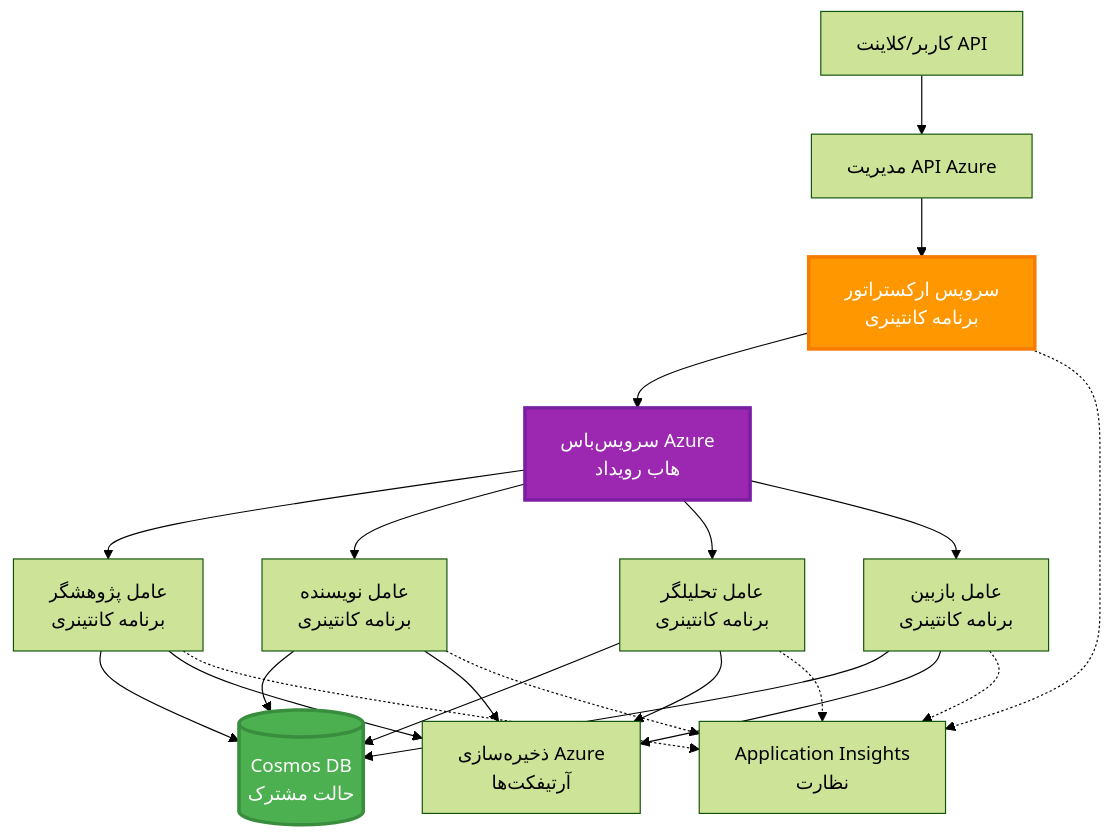
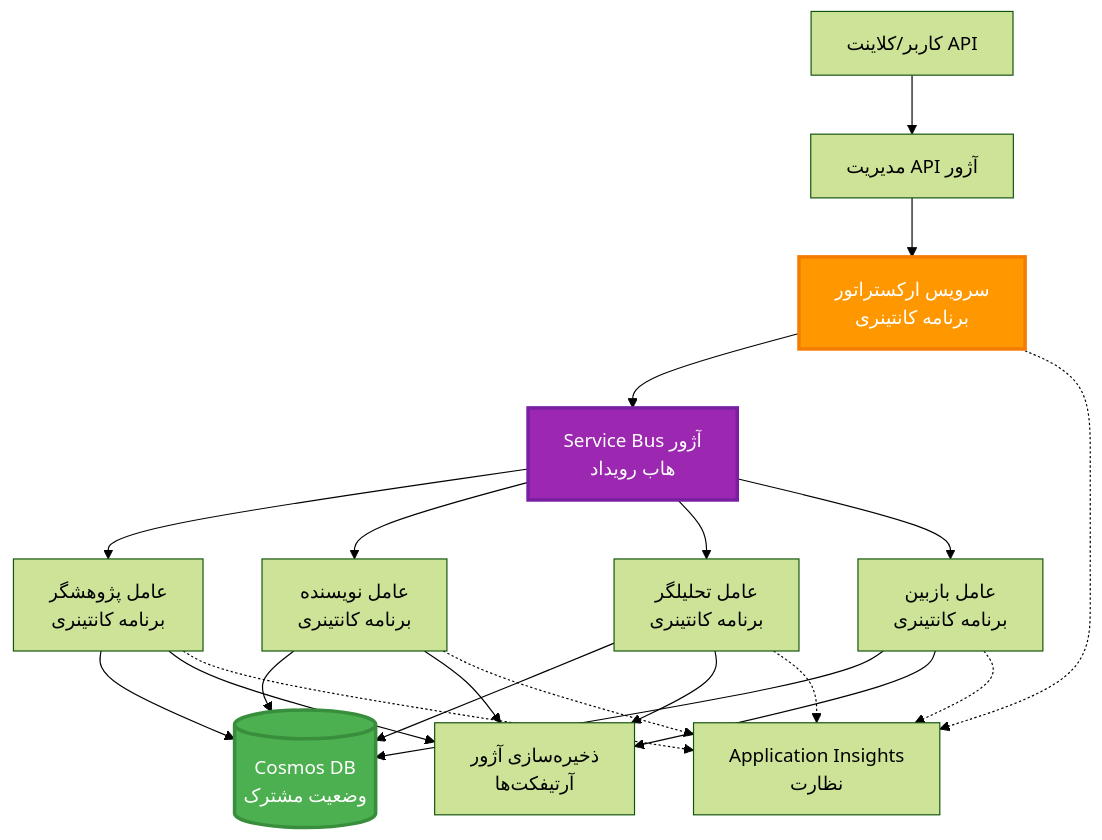
One commit to microsoft/AZD-for-beginners changed the sixth of 6 diagrams in translations/fa/docs/chapter-06-pre-deployment/coordination-patterns.md. Above: the diagram before and after it, drawn with Mermaid (forest theme). The commit also changed other lines of this file and 101 other files, not shown here.

````diff
--- a/translations/fa/docs/chapter-06-pre-deployment/coordination-patterns.md
+++ b/translations/fa/docs/chapter-06-pre-deployment/coordination-patterns.md
@@ -271,45 +265,45 @@
 ```mermaid
 graph TB
     User[کاربر/کلاینت API]
-    APIM[مدیریت API Azure]
+    APIM[مدیریت API آژور]
     Orchestrator[سرویس ارکستراتور<br/>برنامه کانتینری]
-    ServiceBus[سرویس‌باس Azure<br/>هاب رویداد]
+    ServiceBus[Service Bus آژور<br/>هاب رویداد]
     
     Agent1[عامل پژوهشگر<br/>برنامه کانتینری]
     Agent2[عامل نویسنده<br/>برنامه کانتینری]
     Agent3[عامل تحلیلگر<br/>برنامه کانتینری]
     Agent4[عامل بازبین<br/>برنامه کانتینری]
     
-    CosmosDB[(Cosmos DB<br/>حالت مشترک)]
-    Storage[ذخیره‌سازی Azure<br/>آرتیفکت‌ها]
+    CosmosDB[(Cosmos DB<br/>وضعیت مشترک)]
+    Storage[ذخیره‌سازی آژور<br/>آرتیفکت‌ها]
     AppInsights[Application Insights<br/>نظارت]
     
     User --> APIM
     APIM --> Orchestrator
     
     Orchestrator --> ServiceBus
     ServiceBus --> Agent1
     ServiceBus --> Agent2
     ServiceBus --> Agent3
     ServiceBus --> Agent4
     
     Agent1 --> CosmosDB
     Agent2 --> CosmosDB
     Agent3 --> CosmosDB
     Agent4 --> CosmosDB
     
     Agent1 --> Storage
     Agent2 --> Storage
     Agent3 --> Storage
     Agent4 --> Storage
     
     Orchestrator -.-> AppInsights
     Agent1 -.-> AppInsights
     Agent2 -.-> AppInsights
     Agent3 -.-> AppInsights
     Agent4 -.-> AppInsights
     
     style Orchestrator fill:#FF9800,stroke:#F57C00,stroke-width:3px,color:#fff
     style ServiceBus fill:#9C27B0,stroke:#7B1FA2,stroke-width:3px,color:#fff
     style CosmosDB fill:#4CAF50,stroke:#388E3C,stroke-width:3px,color:#fff
 ```
````
